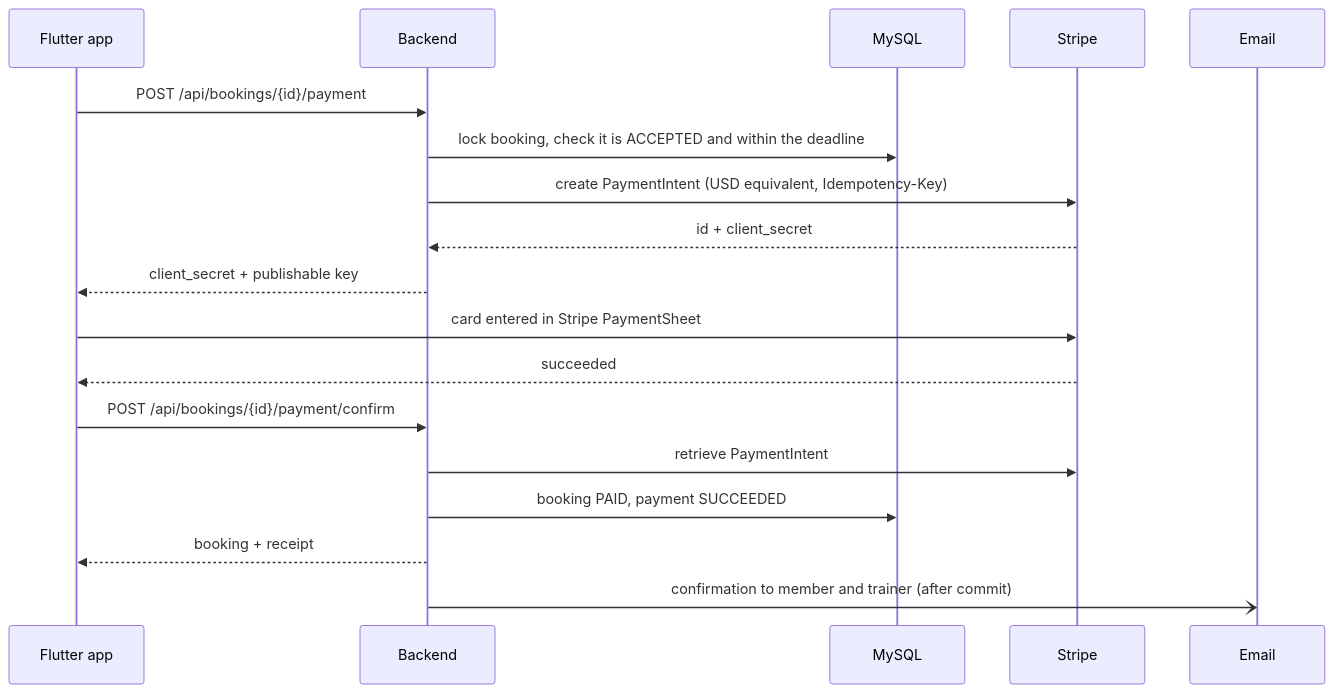
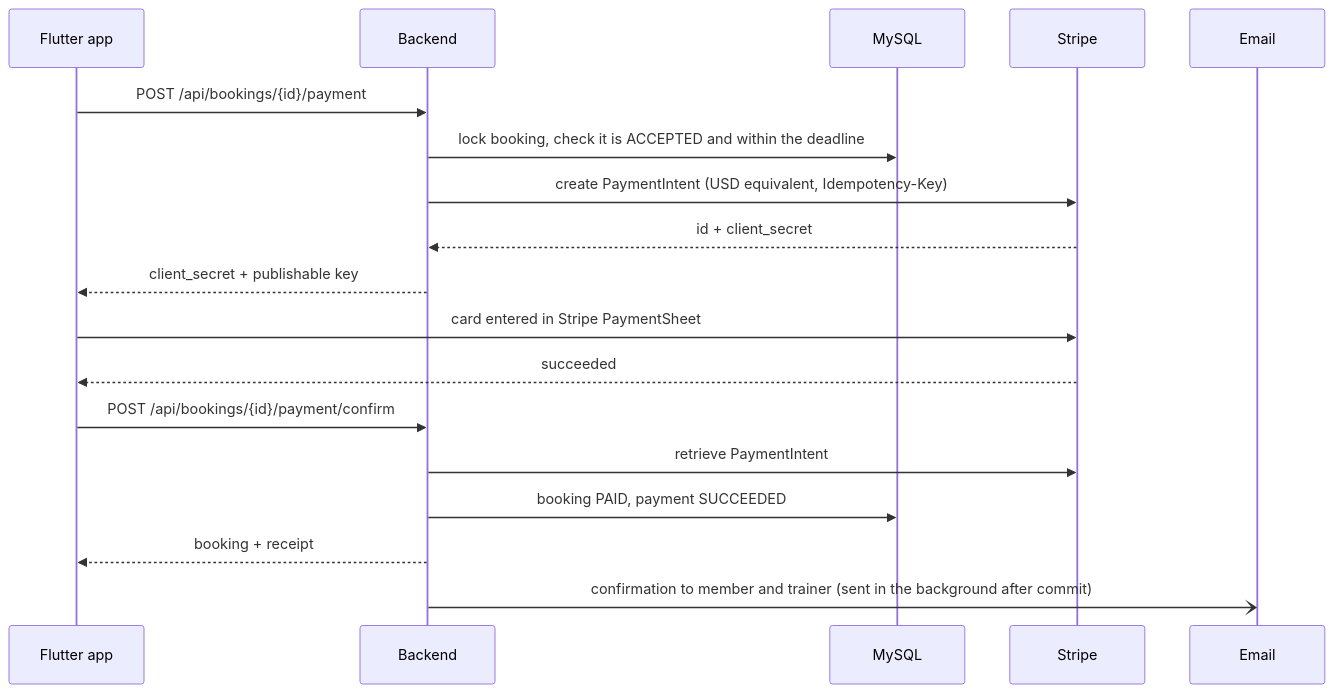
Before and after one commit to Malikalqasrawi/gym-booking-backend: the second of 2 diagrams in README.md, drawn with Mermaid. The commit also changed other lines of this file and 26 other files, not shown here.

````diff
--- a/README.md
+++ b/README.md
@@ -65,21 +69,21 @@
 ```mermaid
 sequenceDiagram
     participant App as Flutter app
     participant API as Backend
     participant DB as MySQL
     participant Stripe
     participant Mail as Email
 
     App->>API: POST /api/bookings/{id}/payment
     API->>DB: lock booking, check it is ACCEPTED and within the deadline
     API->>Stripe: create PaymentIntent (USD equivalent, Idempotency-Key)
     Stripe-->>API: id + client_secret
     API-->>App: client_secret + publishable key
     App->>Stripe: card entered in Stripe PaymentSheet
     Stripe-->>App: succeeded
     App->>API: POST /api/bookings/{id}/payment/confirm
     API->>Stripe: retrieve PaymentIntent
     API->>DB: booking PAID, payment SUCCEEDED
     API-->>App: booking + receipt
-    API-)Mail: confirmation to member and trainer (after commit)
+    API-)Mail: confirmation to member and trainer (sent in the background after commit)
 ```
````
